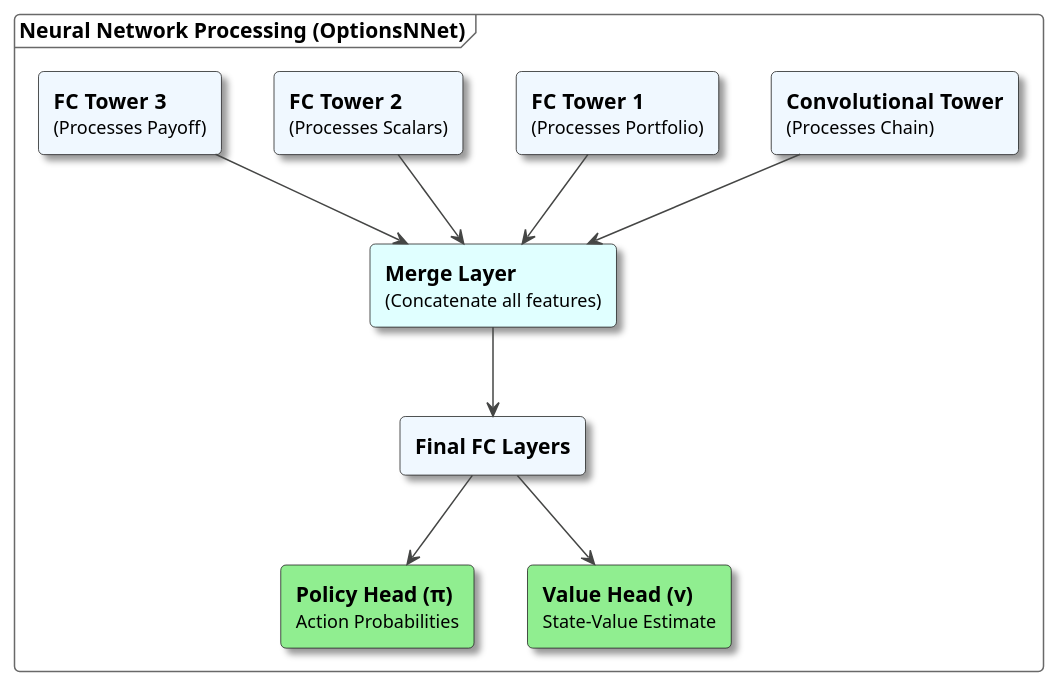
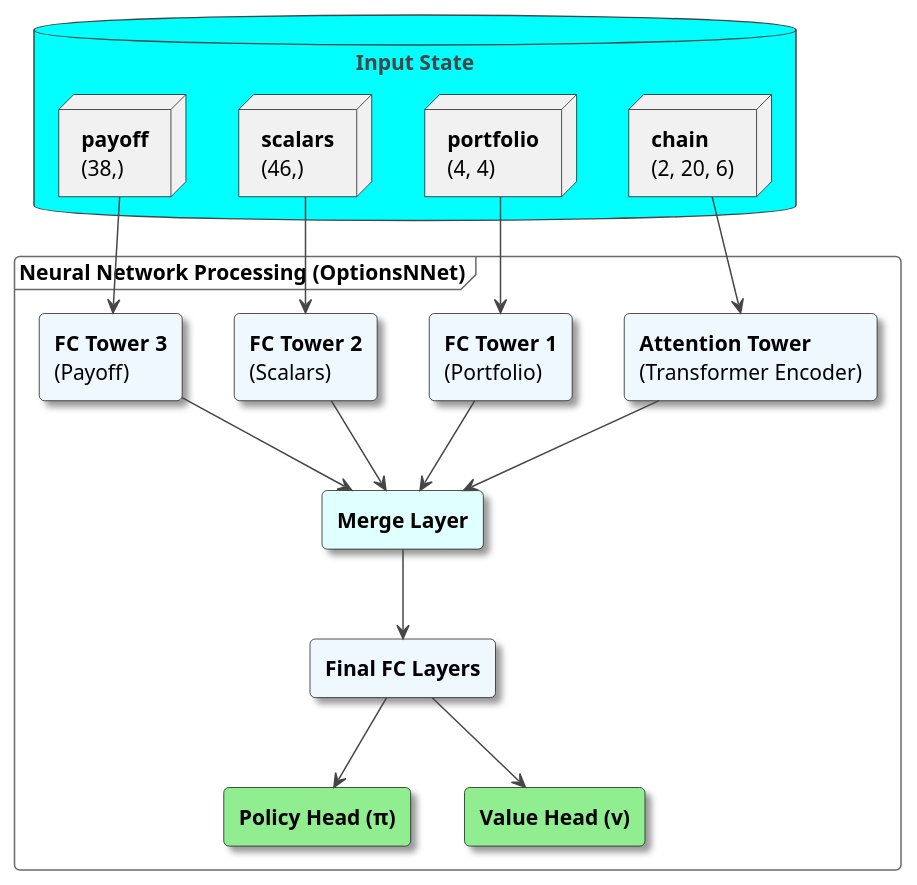
One commit to mimansoor/uml_diagrams changed the diagram in nnet_arch.puml. Above: the diagram before and after it, drawn with PlantUML.

```diff
--- a/nnet_arch.puml
+++ b/nnet_arch.puml
@@ -1,30 +1,36 @@
 @startuml
 !theme vibrant
 skinparam rectangle {
     shadowing true
     borderRadius 10
     stereoTypeFontSize 0
 }
-skinparam database {
-    shadowing true
-    stereoTypeFontSize 0
+database "Input State" {
+    node "<b>chain</b>\n(2, 20, 6)" as Chain
+    node "<b>portfolio</b>\n(4, 4)" as Portfolio
+    node "<b>scalars</b>\n(46,)" as Scalars
+    node "<b>payoff</b>\n(38,)" as Payoff
 }
 frame "Neural Network Processing (OptionsNNet)" {
-    rectangle "<b>Convolutional Tower</b>\n<size:12>(Processes Chain)" as ConvTower #AliceBlue
-    rectangle "<b>FC Tower 1</b>\n<size:12>(Processes Portfolio)" as FCTower1 #AliceBlue
-    rectangle "<b>FC Tower 2</b>\n<size:12>(Processes Scalars)" as FCTower2 #AliceBlue
-    rectangle "<b>FC Tower 3</b>\n<size:12>(Processes Payoff)" as FCTower3 #AliceBlue
-    rectangle "<b>Merge Layer</b>\n<size:12>(Concatenate all features)" as Merge #LightCyan
+    rectangle "<b>Attention Tower</b>\n(Transformer Encoder)" as AttentionTower #AliceBlue
+    rectangle "<b>FC Tower 1</b>\n(Portfolio)" as FCTower1 #AliceBlue
+    rectangle "<b>FC Tower 2</b>\n(Scalars)" as FCTower2 #AliceBlue
+    rectangle "<b>FC Tower 3</b>\n(Payoff)" as FCTower3 #AliceBlue
+    rectangle "<b>Merge Layer</b>" as Merge #LightCyan
     rectangle "<b>Final FC Layers</b>" as FinalLayers #AliceBlue
-    rectangle "<b>Policy Head (π)</b>\n<size:12>Action Probabilities" as PolicyHead #LightGreen
-    rectangle "<b>Value Head (v)</b>\n<size:12>State-Value Estimate" as ValueHead #LightGreen
-
-    ConvTower --> Merge
+    rectangle "<b>Policy Head (π)</b>" as PolicyHead #LightGreen
+    rectangle "<b>Value Head (v)</b>" as ValueHead #LightGreen
+    
+    Chain --> AttentionTower
+    Portfolio --> FCTower1
+    Scalars --> FCTower2
+    Payoff --> FCTower3
+    AttentionTower --> Merge
     FCTower1 --> Merge
     FCTower2 --> Merge
     FCTower3 --> Merge
     Merge --> FinalLayers
     FinalLayers --> PolicyHead
     FinalLayers --> ValueHead
 }
 @enduml
```
